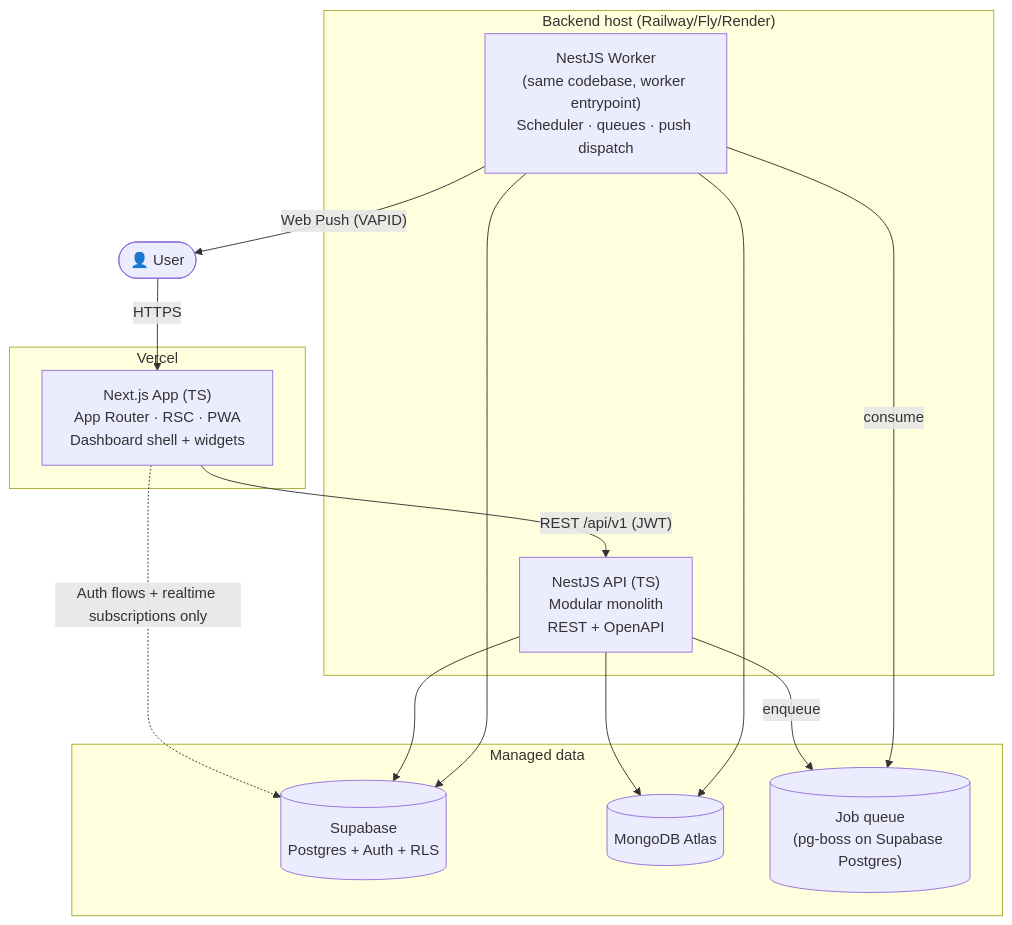
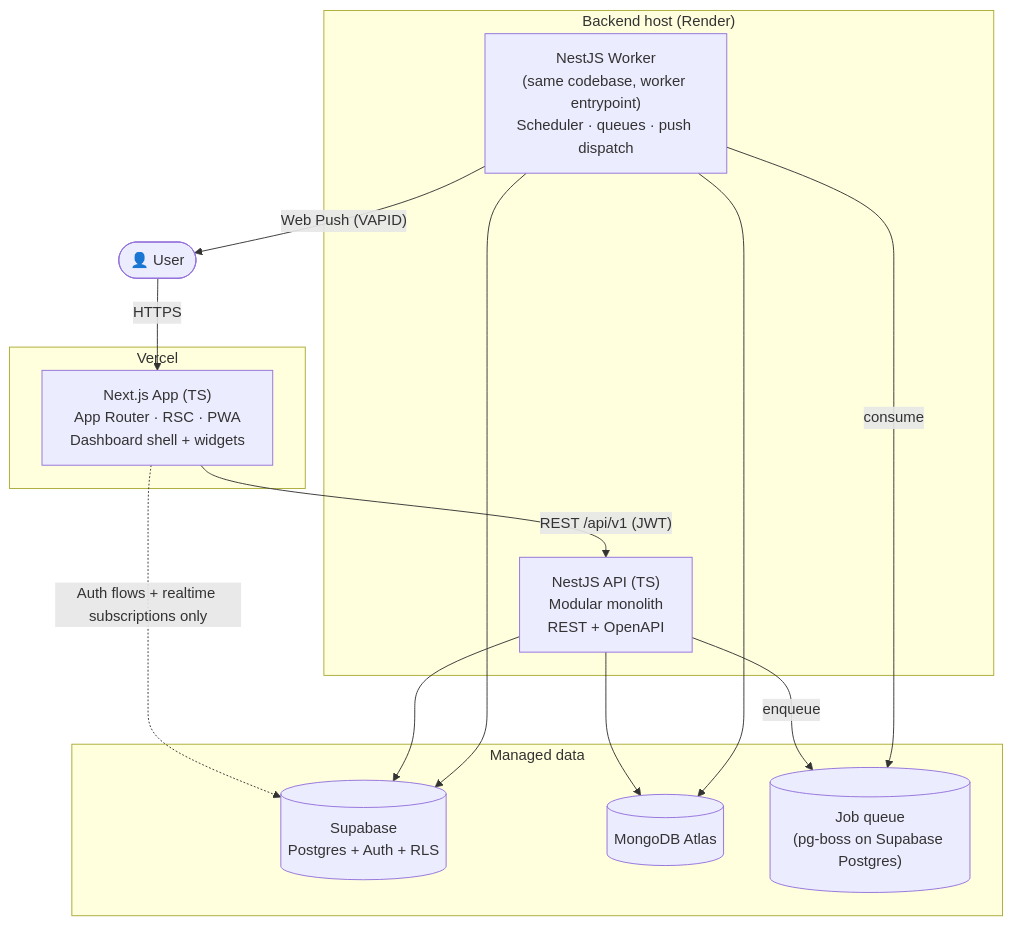
One commit to Auua/command-center changed the second of 6 diagrams in docs/ARD.md. Above: the diagram before and after it, drawn with Mermaid. The commit also changed other lines of this file and 10 other files, not shown here.

````diff
--- a/docs/ARD.md
+++ b/docs/ARD.md
@@ -76,30 +76,30 @@
 ```mermaid
 flowchart TB
     user(["👤 User"])
 
     subgraph vercel ["Vercel"]
         web["Next.js App (TS)<br/>App Router · RSC · PWA<br/>Dashboard shell + widgets"]
     end
 
-    subgraph backend ["Backend host (Railway/Fly/Render)"]
+    subgraph backend ["Backend host (Render)"]
         api["NestJS API (TS)<br/>Modular monolith<br/>REST + OpenAPI"]
         worker["NestJS Worker<br/>(same codebase, worker entrypoint)<br/>Scheduler · queues · push dispatch"]
     end
 
     subgraph data ["Managed data"]
         sb[("Supabase<br/>Postgres + Auth + RLS")]
         mg[("MongoDB Atlas")]
         q[("Job queue<br/>(pg-boss on Supabase Postgres)")]
     end
 
     user -->|HTTPS| web
     web -->|"REST /api/v1 (JWT)"| api
     web -.->|"Auth flows + realtime subscriptions only"| sb
     api --> sb
     api --> mg
     api -->|enqueue| q
     worker -->|consume| q
     worker --> sb
     worker --> mg
     worker -->|"Web Push (VAPID)"| user
 ```
````
